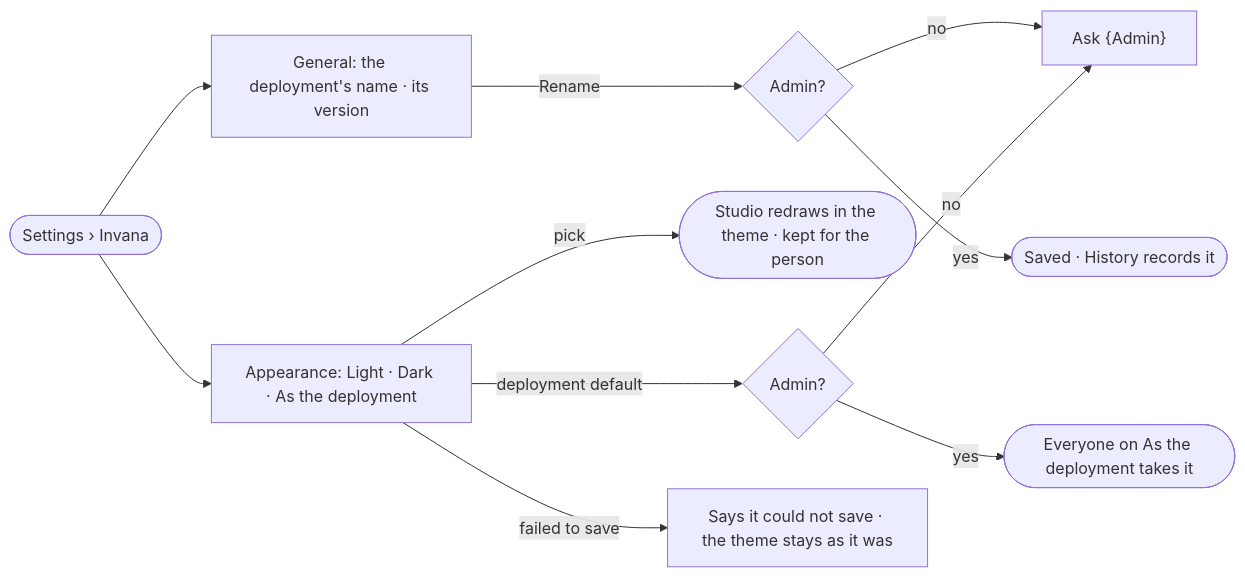
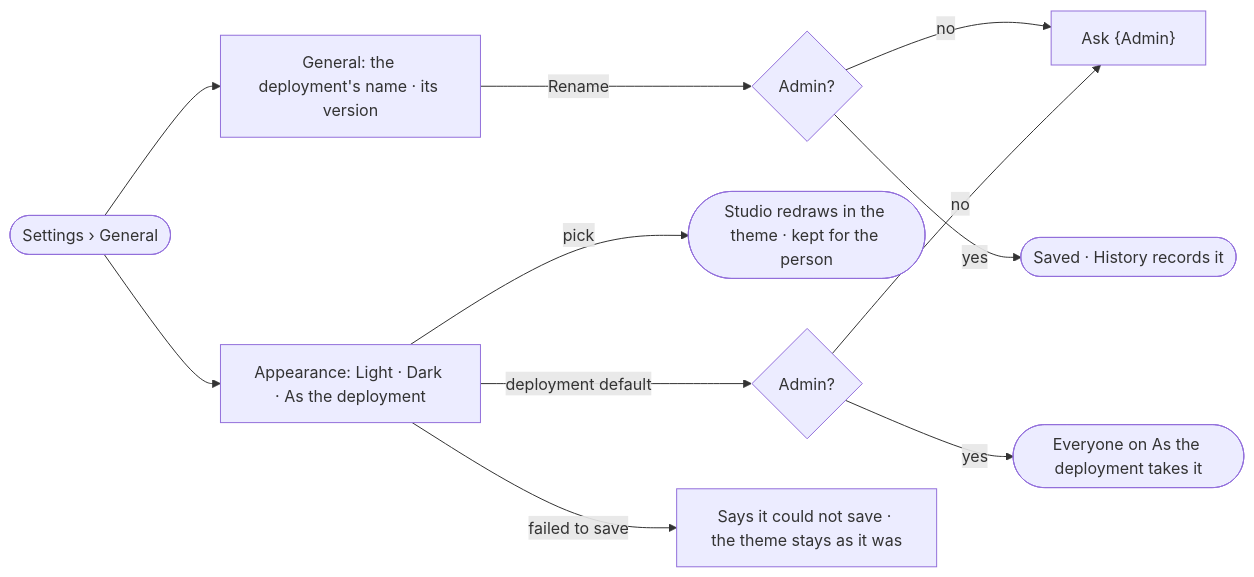
Before and after one commit to invana/invana: the diagram in specs/os/control/features/CP-F07-find-your-way/stories/CP-71-name-the-deployment-and-pick-how-studio-looks/story.md, drawn with Mermaid. The commit also changed other lines of this file and 133 other files, not shown here.

````diff
--- a/specs/os/control/features/CP-F07-find-your-way/stories/CP-71-name-the-deployment-and-pick-how-studio-looks/story.md
+++ b/specs/os/control/features/CP-F07-find-your-way/stories/CP-71-name-the-deployment-and-pick-how-studio-looks/story.md
@@ -27,13 +27,13 @@
 ```mermaid
 flowchart LR
-  s([Settings › Invana]) --> g["General: the deployment's name · its version"]
+  s([Settings › General]) --> g["General: the deployment's name · its version"]
   g -->|Rename| r{Admin?}
   r -->|no| na["Ask {Admin}"]
   r -->|yes| sv(["Saved · History records it"])
   s --> ap["Appearance: Light · Dark · As the deployment"]
   ap -->|pick| t(["Studio redraws in the theme · kept for the person"])
   ap -->|deployment default| d{Admin?}
   d -->|no| na
   d -->|yes| dd(["Everyone on As the deployment takes it"])
   ap -->|failed to save| f["Says it could not save · the theme stays as it was"]
 ```
````
